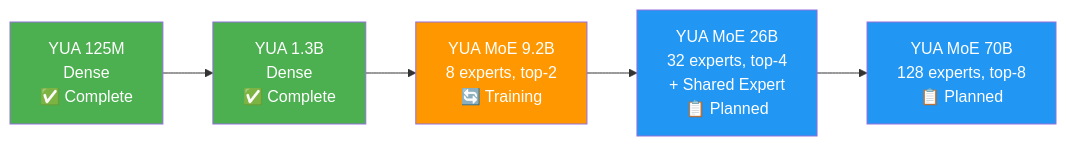
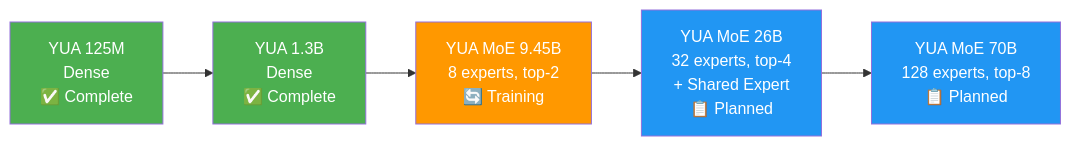
Before and after one commit to yuaone/yua: the third of 3 diagrams in README.md, drawn with Mermaid. The commit also changed other lines of this file and 1 other file, not shown here.

````diff
--- a/README.md
+++ b/README.md
@@ -378,13 +378,13 @@
 ```mermaid
 graph LR
     A["YUA 125M<br/>Dense<br/>✅ Complete"] --> B["YUA 1.3B<br/>Dense<br/>✅ Complete"]
-    B --> C["YUA MoE 9.2B<br/>8 experts, top-2<br/>🔄 Training"]
+    B --> C["YUA MoE 9.45B<br/>8 experts, top-2<br/>🔄 Training"]
     C --> D["YUA MoE 26B<br/>32 experts, top-4<br/>+ Shared Expert<br/>📋 Planned"]
     D --> E["YUA MoE 70B<br/>128 experts, top-8<br/>📋 Planned"]
     
     style A fill:#4CAF50,color:#fff
     style B fill:#4CAF50,color:#fff
     style C fill:#FF9800,color:#fff
     style D fill:#2196F3,color:#fff
     style E fill:#2196F3,color:#fff
 ```
````
